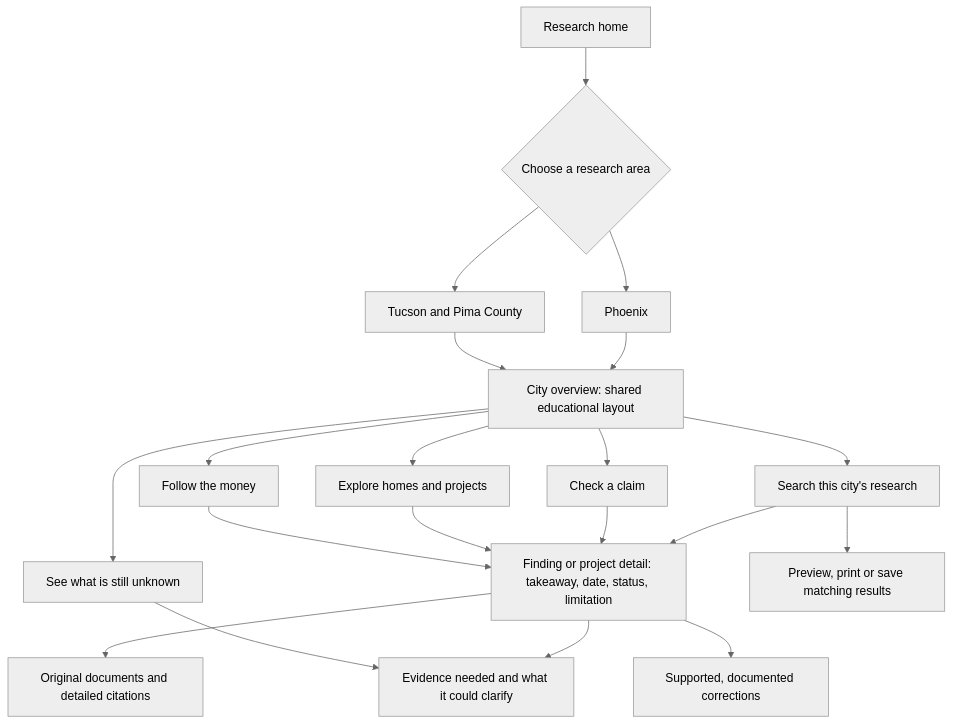
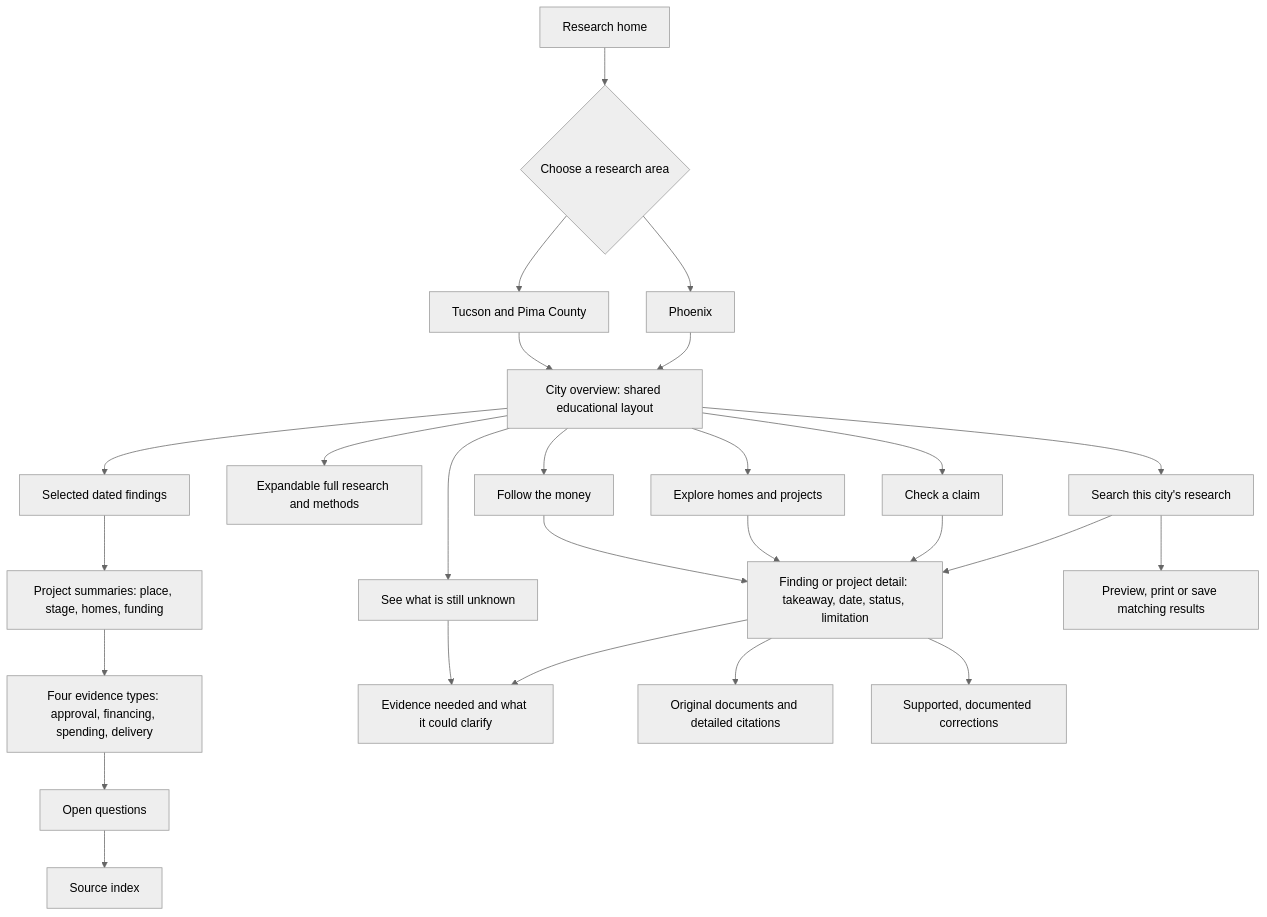
One commit to housingaccountabilityproject/housingaccountabilityproject.github.io changed the first of 2 diagrams in docs/site-information-flow.md. Above: the diagram before and after it, drawn with Mermaid (neutral theme). The commit also changed other lines of this file and 25 other files, not shown here.

````diff
--- a/docs/site-information-flow.md
+++ b/docs/site-information-flow.md
@@ -7,22 +7,28 @@
 ```mermaid
 flowchart TD
     Home[Research home] --> City{Choose a research area}
     City --> T[Tucson and Pima County]
     City --> P[Phoenix]
     T --> Overview[City overview: shared educational layout]
     P --> Overview
+    Overview --> Highlights[Selected dated findings]
+    Highlights --> Projects[Project summaries: place, stage, homes, funding]
+    Projects --> Stages[Four evidence types: approval, financing, spending, delivery]
+    Stages --> Questions[Open questions]
+    Questions --> Index[Source index]
+    Overview --> Full[Expandable full research and methods]
     Overview --> Money[Follow the money]
     Overview --> Homes[Explore homes and projects]
     Overview --> Claim[Check a claim]
     Overview --> Unknown[See what is still unknown]
     Money --> Detail[Finding or project detail: takeaway, date, status, limitation]
     Homes --> Detail
     Claim --> Detail
     Unknown --> Gaps[Evidence needed and what it could clarify]
     Detail --> Sources[Original documents and detailed citations]
     Detail --> Gaps
     Detail --> History[Supported, documented corrections]
     Overview --> Search[Search this city's research]
     Search --> Detail
     Search --> Print[Preview, print or save matching results]
 ```
````
